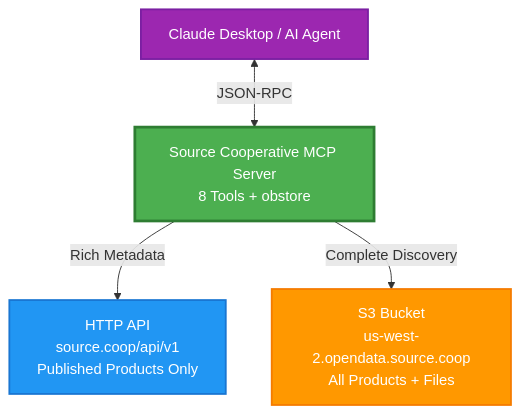
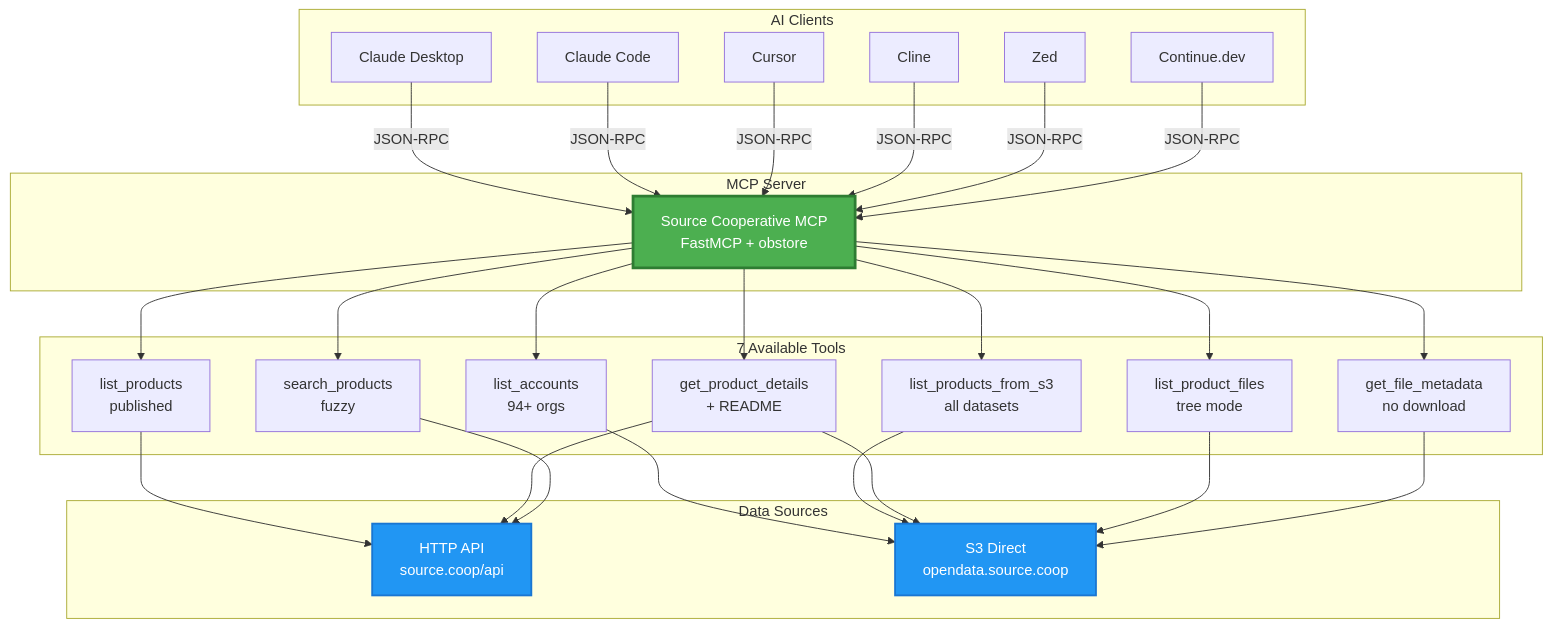
The diagram in README.md (yharby/source-coop-mcp), drawn with Mermaid before and after one commit. The commit also changed other lines of this file and 16 other files, not shown here.

````diff
--- a/README.md
+++ b/README.md
@@ -13,16 +16,58 @@
 ```mermaid
 graph TB
-    Client[Claude Desktop / AI Agent]
-    Server[Source Cooperative MCP Server<br/>8 Tools + obstore]
-    API[HTTP API<br/>source.coop/api/v1<br/>Published Products Only]
-    S3[S3 Bucket<br/>us-west-2.opendata.source.coop<br/>All Products + Files]
+    subgraph "AI Clients"
+        A1[Claude Desktop]
+        A2[Claude Code]
+        A3[Cursor]
+        A4[Cline]
+        A5[Zed]
+        A6[Continue.dev]
+    end
 
-    Client <-->|JSON-RPC| Server
-    Server -->|Rich Metadata| API
-    Server -->|Complete Discovery| S3
+    subgraph "MCP Server"
+        MCP[Source Cooperative MCP<br/>FastMCP + obstore]
+    end
 
-    style Server fill:#4CAF50,stroke:#2E7D32,stroke-width:3px,color:#fff
-    style S3 fill:#FF9800,stroke:#F57C00,stroke-width:2px,color:#fff
-    style API fill:#2196F3,stroke:#1976D2,stroke-width:2px,color:#fff
-    style Client fill:#9C27B0,stroke:#7B1FA2,stroke-width:2px,color:#fff
+    subgraph "7 Available Tools"
+        T1[list_accounts<br/>94+ orgs]
+        T2[list_products<br/>published]
+        T3[list_products_from_s3<br/>all datasets]
+        T4[get_product_details<br/>+ README]
+        T5[list_product_files<br/>tree mode]
+        T6[get_file_metadata<br/>no download]
+        T7[search_products<br/>fuzzy]
+    end
+
+    subgraph "Data Sources"
+        S1[HTTP API<br/>source.coop/api]
+        S2[S3 Direct<br/>opendata.source.coop]
+    end
+
+    A1 -->|JSON-RPC| MCP
+    A2 -->|JSON-RPC| MCP
+    A3 -->|JSON-RPC| MCP
+    A4 -->|JSON-RPC| MCP
+    A5 -->|JSON-RPC| MCP
+    A6 -->|JSON-RPC| MCP
+
+    MCP --> T1
+    MCP --> T2
+    MCP --> T3
+    MCP --> T4
+    MCP --> T5
+    MCP --> T6
+    MCP --> T7
+
+    T1 --> S2
+    T2 --> S1
+    T3 --> S2
+    T4 --> S1
+    T4 --> S2
+    T5 --> S2
+    T6 --> S2
+    T7 --> S1
+
+    style MCP fill:#4CAF50,stroke:#2E7D32,stroke-width:3px,color:#fff
+    style S1 fill:#2196F3,stroke:#1976D2,stroke-width:2px,color:#fff
+    style S2 fill:#2196F3,stroke:#1976D2,stroke-width:2px,color:#fff
 ```
````
